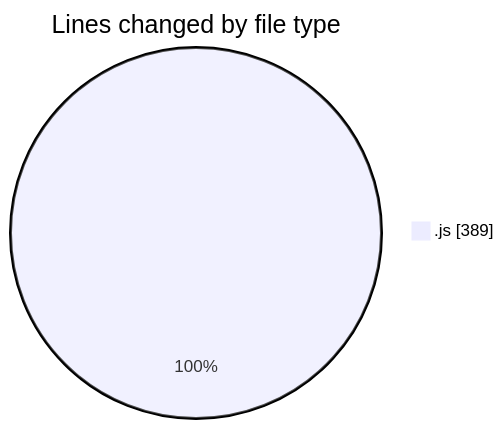
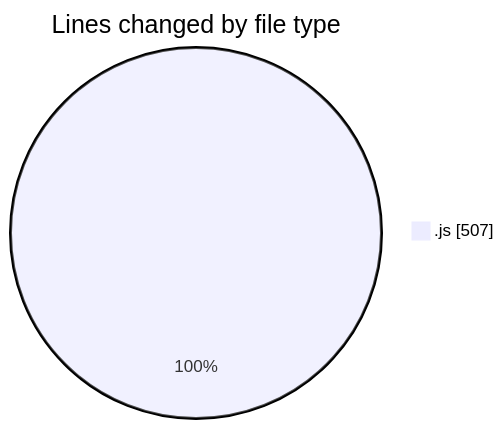
Before and after one commit to nxtqubesakshisongat/code-tracking: the first of 2 diagrams in 2025-05-30/nxtqube_webapp/README.md, drawn with Mermaid. The commit also changed other lines of this file and 1 other file, not shown here.

````diff
--- a/2025-05-30/nxtqube_webapp/README.md
+++ b/2025-05-30/nxtqube_webapp/README.md
@@ -22,5 +22,5 @@
 ```mermaid
 pie showData
 title Lines changed by file type
-".js" : 389
+".js" : 507
 ```
````
